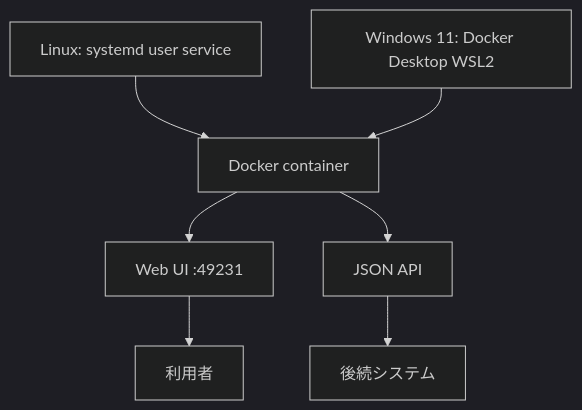
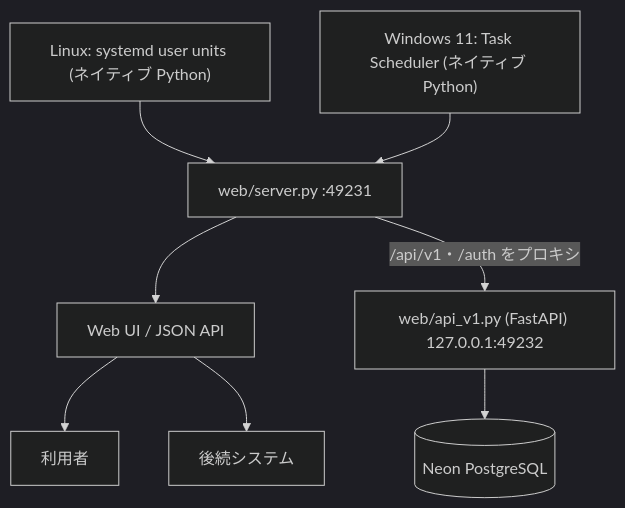
One commit to Kensan196948G/Global-Civil-API-Catalog changed the seventh of 8 diagrams in README.md. Above: the diagram before and after it, drawn with Mermaid (dark theme). The commit also changed other lines of this file and 8 other files, not shown here.

````diff
--- a/README.md
+++ b/README.md
@@ -171,9 +172,10 @@
 ```mermaid
 flowchart TD
-  A["Linux: systemd user service"] --> C["Docker container"]
-  B["Windows 11: Docker Desktop WSL2"] --> C
-  C --> D["Web UI :49231"]
-  C --> E["JSON API"]
+  A["Linux: systemd user units (ネイティブ Python)"] --> C["web/server.py :49231"]
+  B["Windows 11: Task Scheduler (ネイティブ Python)"] --> C
+  C --> D["Web UI / JSON API"]
+  C -->|"/api/v1・/auth をプロキシ"| E["web/api_v1.py (FastAPI) 127.0.0.1:49232"]
+  E --> N[("Neon PostgreSQL")]
   D --> F["利用者"]
-  E --> G["後続システム"]
+  D --> G["後続システム"]
 ```
````
